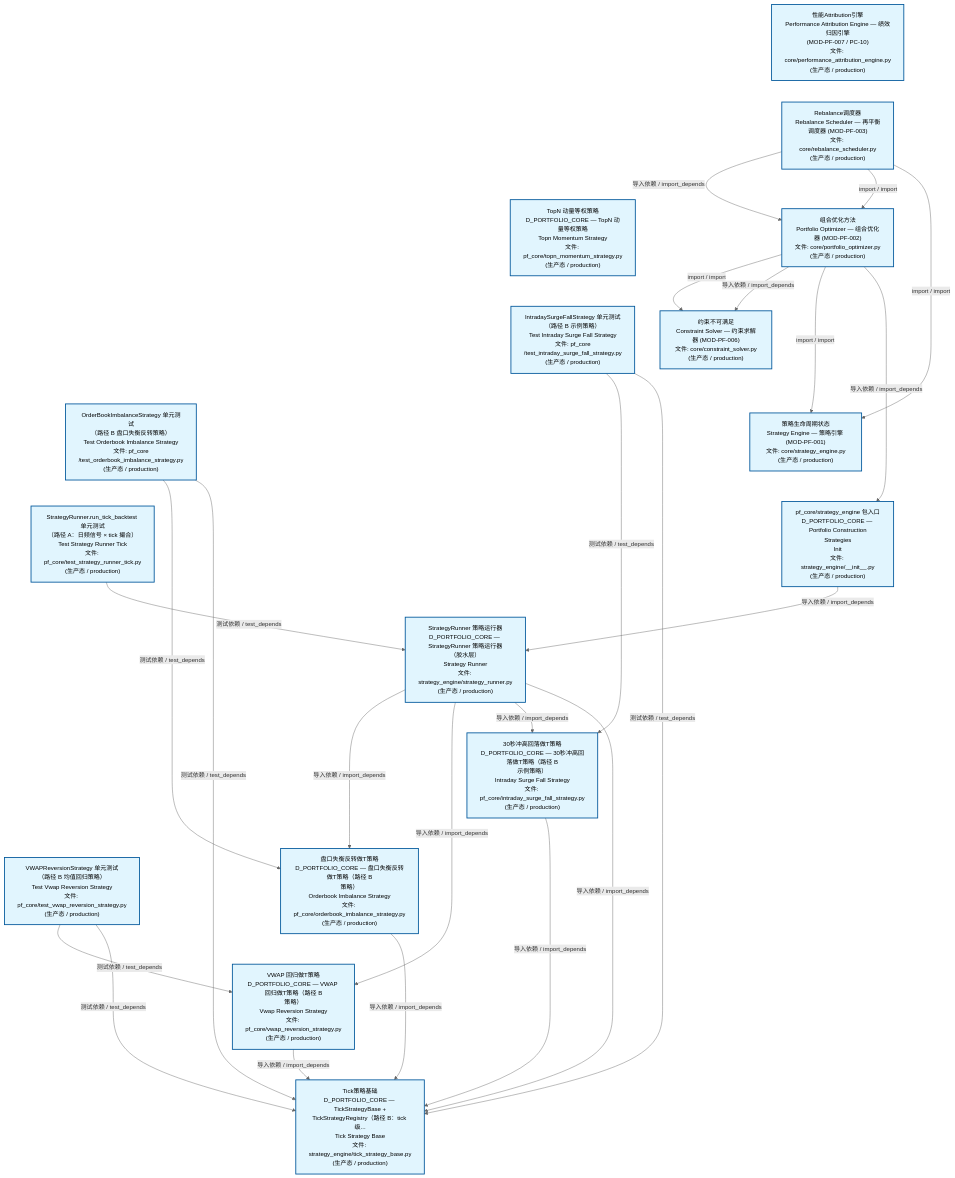
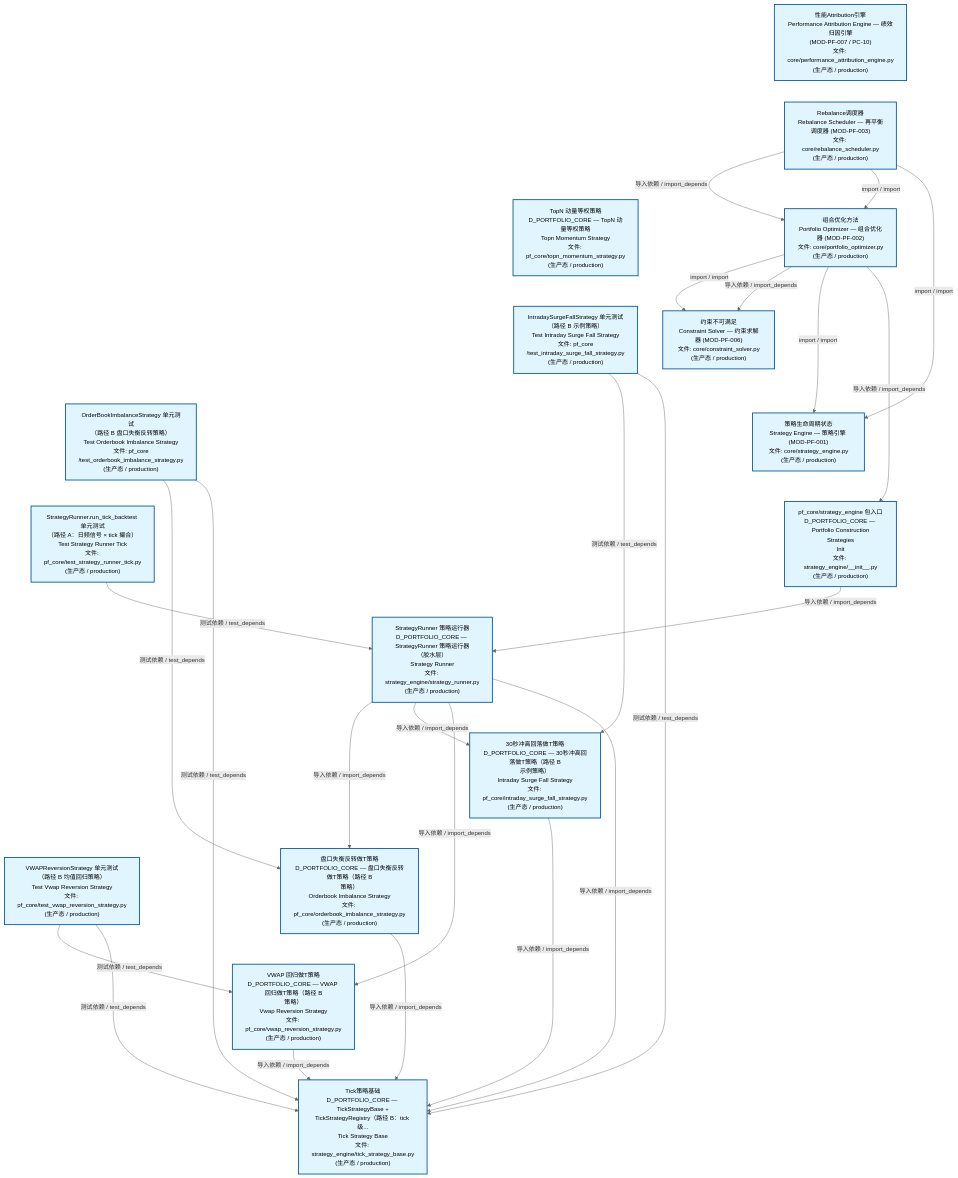
Before and after one commit to xuanFelixVan/ZephyrAlpha: the second of 3 diagrams in docs/02_enterprise_architecture/02_domain_architecture_docs/63_d_pf_core.md, drawn with Mermaid. The commit also changed other lines of this file and 52 other files, not shown here.

````diff
--- a/docs/02_enterprise_architecture/02_domain_architecture_docs/63_d_pf_core.md
+++ b/docs/02_enterprise_architecture/02_domain_architecture_docs/63_d_pf_core.md
@@ -140,57 +140,57 @@
 ```mermaid
 %%{init: {'theme': 'base', 'themeVariables': {'primaryColor': '#eaeaea', 'primaryTextColor': '#333333', 'primaryBorderColor': '#666666', 'lineColor': '#666666', 'secondaryColor': '#eaeaea', 'tertiaryColor': '#eaeaea', 'fontSize': '14px'}}}%%
 flowchart TD
     src_zephyr_pf_core_core_performance_attribution_engine_py["性能Attribution引擎<br/>Performance Attribution Engine — 绩效归因引擎<br/>(MOD-PF-007 / PC-10)<br/>文件: core/performance_attribution_engine.py<br/>(生产态 / production)"]
     src_zephyr_pf_core_core_rebalance_scheduler_py["Rebalance调度器<br/>Rebalance Scheduler — 再平衡调度器 (MOD-PF-003)<br/>文件: core/rebalance_scheduler.py<br/>(生产态 / production)"]
     src_zephyr_pf_core_topn_momentum_strategy_py["TopN 动量等权策略<br/>D_PORTFOLIO_CORE — TopN 动量等权策略<br/>Topn Momentum Strategy<br/>文件: pf_core/topn_momentum_strategy.py<br/>(生产态 / production)"]
     tests_pf_core_test_intraday_surge_fall_strategy_py["IntradaySurgeFallStrategy 单元测试<br/>（路径 B 示例策略）<br/>Test Intraday Surge Fall Strategy<br/>文件: pf_core<br/>/test_intraday_surge_fall_strategy.py<br/>(生产态 / production)"]
     tests_pf_core_test_orderbook_imbalance_strategy_py["OrderBookImbalanceStrategy 单元测试<br/>（路径 B 盘口失衡反转策略）<br/>Test Orderbook Imbalance Strategy<br/>文件: pf_core<br/>/test_orderbook_imbalance_strategy.py<br/>(生产态 / production)"]
     tests_pf_core_test_strategy_runner_tick_py["StrategyRunner.run_tick_backtest 单元测试<br/>（路径 A：日频信号 × tick 撮合）<br/>Test Strategy Runner Tick<br/>文件: pf_core/test_strategy_runner_tick.py<br/>(生产态 / production)"]
     tests_pf_core_test_vwap_reversion_strategy_py["VWAPReversionStrategy 单元测试<br/>（路径 B 均值回归策略）<br/>Test Vwap Reversion Strategy<br/>文件: pf_core/test_vwap_reversion_strategy.py<br/>(生产态 / production)"]
     src_zephyr_pf_core_core_performance_attribution_engine_py ~~~ src_zephyr_pf_core_core_rebalance_scheduler_py
     src_zephyr_pf_core_core_rebalance_scheduler_py ~~~ src_zephyr_pf_core_topn_momentum_strategy_py
     src_zephyr_pf_core_topn_momentum_strategy_py ~~~ tests_pf_core_test_intraday_surge_fall_strategy_py
     tests_pf_core_test_intraday_surge_fall_strategy_py ~~~ tests_pf_core_test_orderbook_imbalance_strategy_py
     tests_pf_core_test_orderbook_imbalance_strategy_py ~~~ tests_pf_core_test_strategy_runner_tick_py
     tests_pf_core_test_strategy_runner_tick_py ~~~ tests_pf_core_test_vwap_reversion_strategy_py
     src_zephyr_pf_core_core_portfolio_optimizer_py["组合优化方法<br/>Portfolio Optimizer — 组合优化器 (MOD-PF-002)<br/>文件: core/portfolio_optimizer.py<br/>(生产态 / production)"]
     src_zephyr_pf_core_core_constraint_solver_py["约束不可满足<br/>Constraint Solver — 约束求解器 (MOD-PF-006)<br/>文件: core/constraint_solver.py<br/>(生产态 / production)"]
     src_zephyr_pf_core_core_strategy_engine_py["策略生命周期状态<br/>Strategy Engine — 策略引擎 (MOD-PF-001)<br/>文件: core/strategy_engine.py<br/>(生产态 / production)"]
     src_zephyr_pf_core_strategy_engine_init_py["pf_core/strategy_engine 包入口<br/>D_PORTFOLIO_CORE — Portfolio Construction<br/>Strategies<br/>Init<br/>文件: strategy_engine/__init__.py<br/>(生产态 / production)"]
     src_zephyr_pf_core_core_constraint_solver_py ~~~ src_zephyr_pf_core_core_strategy_engine_py
     src_zephyr_pf_core_core_strategy_engine_py ~~~ src_zephyr_pf_core_strategy_engine_init_py
     src_zephyr_pf_core_strategy_engine_strategy_runner_py["StrategyRunner 策略运行器<br/>D_PORTFOLIO_CORE — StrategyRunner 策略运行器<br/>（胶水层）<br/>Strategy Runner<br/>文件: strategy_engine/strategy_runner.py<br/>(生产态 / production)"]
     src_zephyr_pf_core_intraday_surge_fall_strategy_py["30秒冲高回落做T策略<br/>D_PORTFOLIO_CORE — 30秒冲高回落做T策略（路径 B<br/>示例策略）<br/>Intraday Surge Fall Strategy<br/>文件: pf_core/intraday_surge_fall_strategy.py<br/>(生产态 / production)"]
     src_zephyr_pf_core_orderbook_imbalance_strategy_py["盘口失衡反转做T策略<br/>D_PORTFOLIO_CORE — 盘口失衡反转做T策略（路径 B<br/>策略）<br/>Orderbook Imbalance Strategy<br/>文件: pf_core/orderbook_imbalance_strategy.py<br/>(生产态 / production)"]
     src_zephyr_pf_core_vwap_reversion_strategy_py["VWAP 回归做T策略<br/>D_PORTFOLIO_CORE — VWAP 回归做T策略（路径 B<br/>策略）<br/>Vwap Reversion Strategy<br/>文件: pf_core/vwap_reversion_strategy.py<br/>(生产态 / production)"]
     src_zephyr_pf_core_intraday_surge_fall_strategy_py ~~~ src_zephyr_pf_core_orderbook_imbalance_strategy_py
     src_zephyr_pf_core_orderbook_imbalance_strategy_py ~~~ src_zephyr_pf_core_vwap_reversion_strategy_py
     src_zephyr_pf_core_strategy_engine_tick_strategy_base_py["Tick策略基础<br/>D_PORTFOLIO_CORE — TickStrategyBase +<br/>TickStrategyRegistry（路径 B：tick 级...<br/>Tick Strategy Base<br/>文件: strategy_engine/tick_strategy_base.py<br/>(生产态 / production)"]
     src_zephyr_pf_core_orderbook_imbalance_strategy_py -->|导入依赖 / import_depends| src_zephyr_pf_core_strategy_engine_tick_strategy_base_py
-    src_zephyr_pf_core_vwap_reversion_strategy_py -->|导入依赖 / import_depends| src_zephyr_pf_core_strategy_engine_tick_strategy_base_py
     src_zephyr_pf_core_intraday_surge_fall_strategy_py -->|导入依赖 / import_depends| src_zephyr_pf_core_strategy_engine_tick_strategy_base_py
-    src_zephyr_pf_core_core_rebalance_scheduler_py -->|导入依赖 / import_depends| src_zephyr_pf_core_core_portfolio_optimizer_py
-    src_zephyr_pf_core_core_rebalance_scheduler_py -->|import / import| src_zephyr_pf_core_core_portfolio_optimizer_py
-    src_zephyr_pf_core_core_rebalance_scheduler_py -->|import / import| src_zephyr_pf_core_core_strategy_engine_py
     src_zephyr_pf_core_core_portfolio_optimizer_py -->|import / import| src_zephyr_pf_core_core_constraint_solver_py
     src_zephyr_pf_core_core_portfolio_optimizer_py -->|导入依赖 / import_depends| src_zephyr_pf_core_core_constraint_solver_py
     src_zephyr_pf_core_core_portfolio_optimizer_py -->|import / import| src_zephyr_pf_core_core_strategy_engine_py
     src_zephyr_pf_core_core_portfolio_optimizer_py -->|导入依赖 / import_depends| src_zephyr_pf_core_strategy_engine_init_py
+    src_zephyr_pf_core_vwap_reversion_strategy_py -->|导入依赖 / import_depends| src_zephyr_pf_core_strategy_engine_tick_strategy_base_py
+    src_zephyr_pf_core_core_rebalance_scheduler_py -->|导入依赖 / import_depends| src_zephyr_pf_core_core_portfolio_optimizer_py
+    src_zephyr_pf_core_core_rebalance_scheduler_py -->|import / import| src_zephyr_pf_core_core_portfolio_optimizer_py
+    src_zephyr_pf_core_core_rebalance_scheduler_py -->|import / import| src_zephyr_pf_core_core_strategy_engine_py
     src_zephyr_pf_core_strategy_engine_strategy_runner_py -->|导入依赖 / import_depends| src_zephyr_pf_core_orderbook_imbalance_strategy_py
+    src_zephyr_pf_core_strategy_engine_strategy_runner_py -->|导入依赖 / import_depends| src_zephyr_pf_core_intraday_surge_fall_strategy_py
     src_zephyr_pf_core_strategy_engine_strategy_runner_py -->|导入依赖 / import_depends| src_zephyr_pf_core_vwap_reversion_strategy_py
-    src_zephyr_pf_core_strategy_engine_strategy_runner_py -->|导入依赖 / import_depends| src_zephyr_pf_core_intraday_surge_fall_strategy_py
     src_zephyr_pf_core_strategy_engine_strategy_runner_py -->|导入依赖 / import_depends| src_zephyr_pf_core_strategy_engine_tick_strategy_base_py
     src_zephyr_pf_core_strategy_engine_init_py -->|导入依赖 / import_depends| src_zephyr_pf_core_strategy_engine_strategy_runner_py
     tests_pf_core_test_intraday_surge_fall_strategy_py -->|测试依赖 / test_depends| src_zephyr_pf_core_intraday_surge_fall_strategy_py
     tests_pf_core_test_intraday_surge_fall_strategy_py -->|测试依赖 / test_depends| src_zephyr_pf_core_strategy_engine_tick_strategy_base_py
     tests_pf_core_test_orderbook_imbalance_strategy_py -->|测试依赖 / test_depends| src_zephyr_pf_core_orderbook_imbalance_strategy_py
     tests_pf_core_test_orderbook_imbalance_strategy_py -->|测试依赖 / test_depends| src_zephyr_pf_core_strategy_engine_tick_strategy_base_py
-    tests_pf_core_test_strategy_runner_tick_py -->|测试依赖 / test_depends| src_zephyr_pf_core_strategy_engine_strategy_runner_py
     tests_pf_core_test_vwap_reversion_strategy_py -->|测试依赖 / test_depends| src_zephyr_pf_core_vwap_reversion_strategy_py
     tests_pf_core_test_vwap_reversion_strategy_py -->|测试依赖 / test_depends| src_zephyr_pf_core_strategy_engine_tick_strategy_base_py
+    tests_pf_core_test_strategy_runner_tick_py -->|测试依赖 / test_depends| src_zephyr_pf_core_strategy_engine_strategy_runner_py
     classDef production fill:#e1f5fe,stroke:#01579b,stroke-width:2px,color:#000
     classDef design fill:#fff3e0,stroke:#e65100,stroke-width:2px,color:#000,stroke-dasharray: 5 5
     classDef external_prod fill:#e8f4fd,stroke:#0277bd,stroke-width:1px,color:#000
     classDef external_design fill:#fff8e7,stroke:#ef6c00,stroke-width:1px,color:#000,stroke-dasharray: 5 5
     class src_zephyr_pf_core_core_constraint_solver_py,src_zephyr_pf_core_core_performance_attribution_engine_py,src_zephyr_pf_core_core_portfolio_optimizer_py,src_zephyr_pf_core_core_rebalance_scheduler_py,src_zephyr_pf_core_core_strategy_engine_py,src_zephyr_pf_core_intraday_surge_fall_strategy_py,src_zephyr_pf_core_orderbook_imbalance_strategy_py,src_zephyr_pf_core_strategy_engine_init_py,src_zephyr_pf_core_strategy_engine_strategy_runner_py,src_zephyr_pf_core_strategy_engine_tick_strategy_base_py,src_zephyr_pf_core_topn_momentum_strategy_py,src_zephyr_pf_core_vwap_reversion_strategy_py,tests_pf_core_test_intraday_surge_fall_strategy_py,tests_pf_core_test_orderbook_imbalance_strategy_py,tests_pf_core_test_strategy_runner_tick_py,tests_pf_core_test_vwap_reversion_strategy_py production
 ```
````
